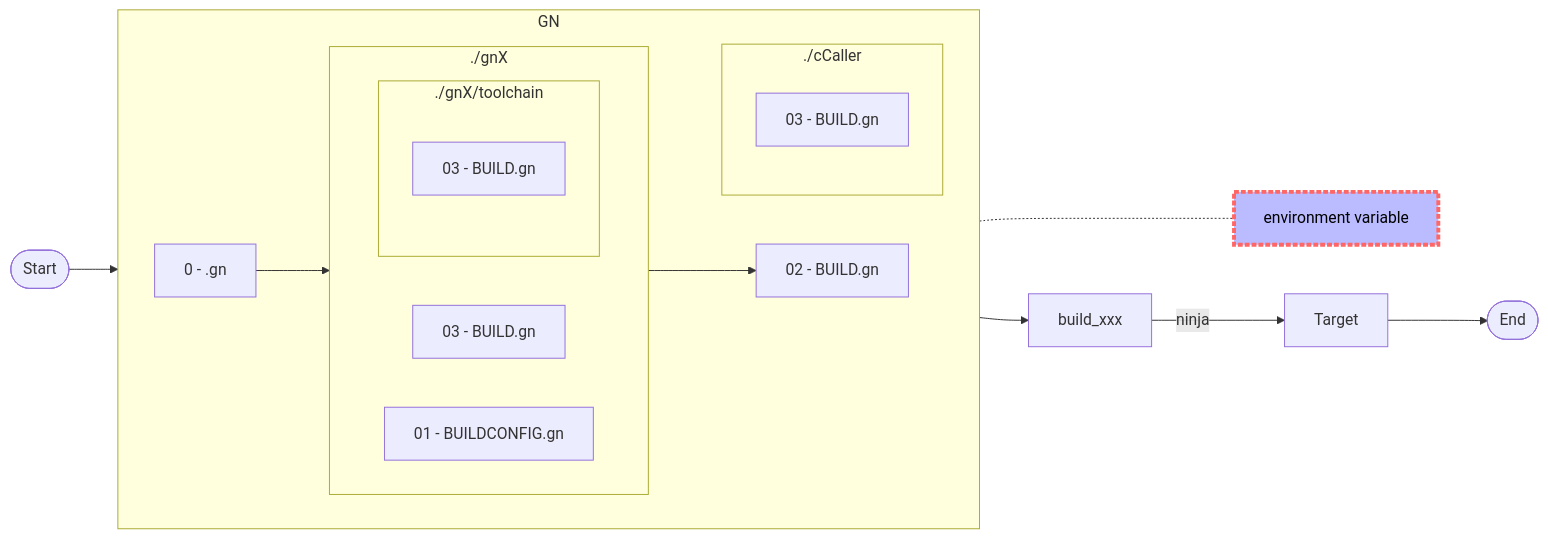
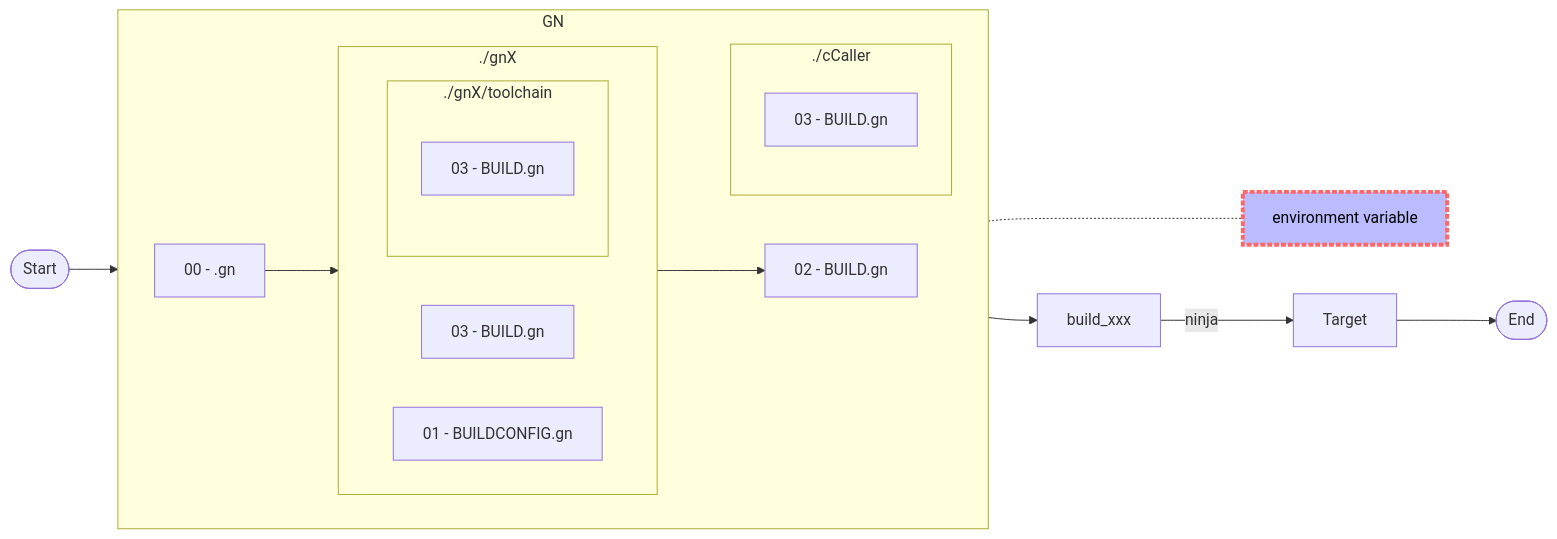
Before and after one commit to lankahsu520/makeXcmakeXmesonXgn: the fourth of 4 diagrams in README.md, drawn with Mermaid. The commit also changed other lines of this file and 2 other files, not shown here.

````diff
--- a/README.md
+++ b/README.md
@@ -128,28 +130,28 @@
 ```mermaid
 flowchart LR
 	Start([Start])
 	subgraph GN[GN]
 		direction LR
-		.gn[0 - .gn]
+		.gn[00 - .gn]
 		BUILD.gn[02 - BUILD.gn]
 		subgraph gnX[./gnX]
 			direction LR
 			BUILD.gn-gnX[03 - BUILD.gn]
 			BUILDCONFIG.gn[01 - BUILDCONFIG.gn]
 			subgraph toolchain[./gnX/toolchain]
 				BUILD.gn-toolchain[03 - BUILD.gn]
 			end
 		end
 		subgraph cCaller[./cCaller]
 			BUILD.gn-cCaller[03 - BUILD.gn]
 		end
 		.gn --> BUILDCONFIG.gn --> BUILD.gn 
 	end
 	End([End])
 	
 	environment[environment variable]
 	style environment fill:#bbf,color:#000000,stroke:#f66,stroke-width:4px,stroke-dasharray: 5 2
 
 	Start --> GN --> build_xxx --> |ninja|Target --> End
 	GN -..- environment
 ```
````
